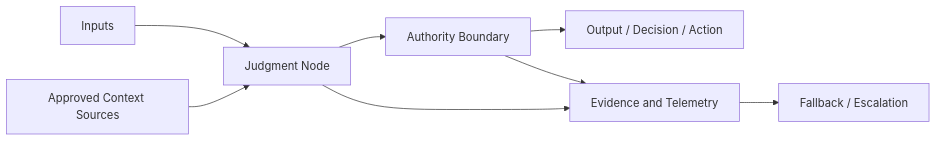
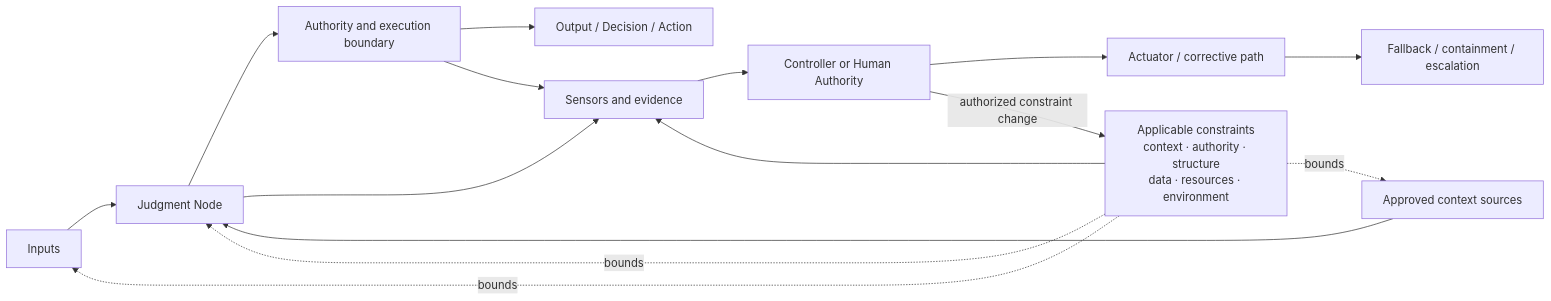
Before and after one commit to UncertaintyArchitectureGroup/uncertainty-architecture: the first of 2 diagrams in 01-patterns/judgment-node-boundary.md, drawn with Mermaid. The commit also changed other lines of this file, not shown here.

Commit message:
docs: add constraint realization to Judgment Node Boundary

````diff
--- a/01-patterns/judgment-node-boundary.md
+++ b/01-patterns/judgment-node-boundary.md
@@ -93,18 +104,26 @@
 ```mermaid
 flowchart LR
     IN[Inputs]
-    CTX[Approved Context Sources]
+    CTX[Approved context sources]
+    K[Applicable constraints<br/>context · authority · structure<br/>data · resources · environment]
     JN[Judgment Node]
-    AUTH[Authority Boundary]
+    AUTH[Authority and execution boundary]
     OUT[Output / Decision / Action]
-    EV[Evidence and Telemetry]
-    FB[Fallback / Escalation]
+    EV[Sensors and evidence]
+    C[Controller or Human Authority]
+    A[Actuator / corrective path]
+    FB[Fallback / containment / escalation]
 
     IN --> JN
     CTX --> JN
-    JN --> AUTH
-    AUTH --> OUT
+    K -. bounds .-> IN
+    K -. bounds .-> CTX
+    K -. bounds .-> JN
+    JN --> AUTH --> OUT
     JN --> EV
     AUTH --> EV
-    EV --> FB
+    K --> EV
+    EV --> C --> A
+    A --> FB
+    C -->|authorized constraint change| K
 ```
````
